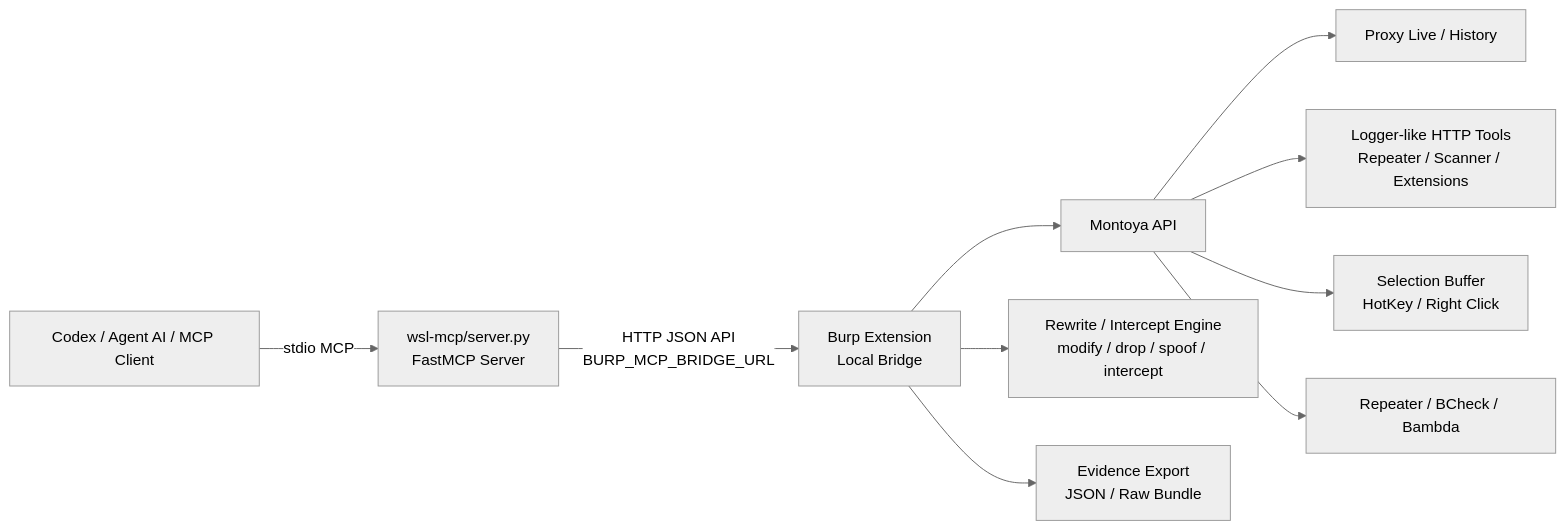
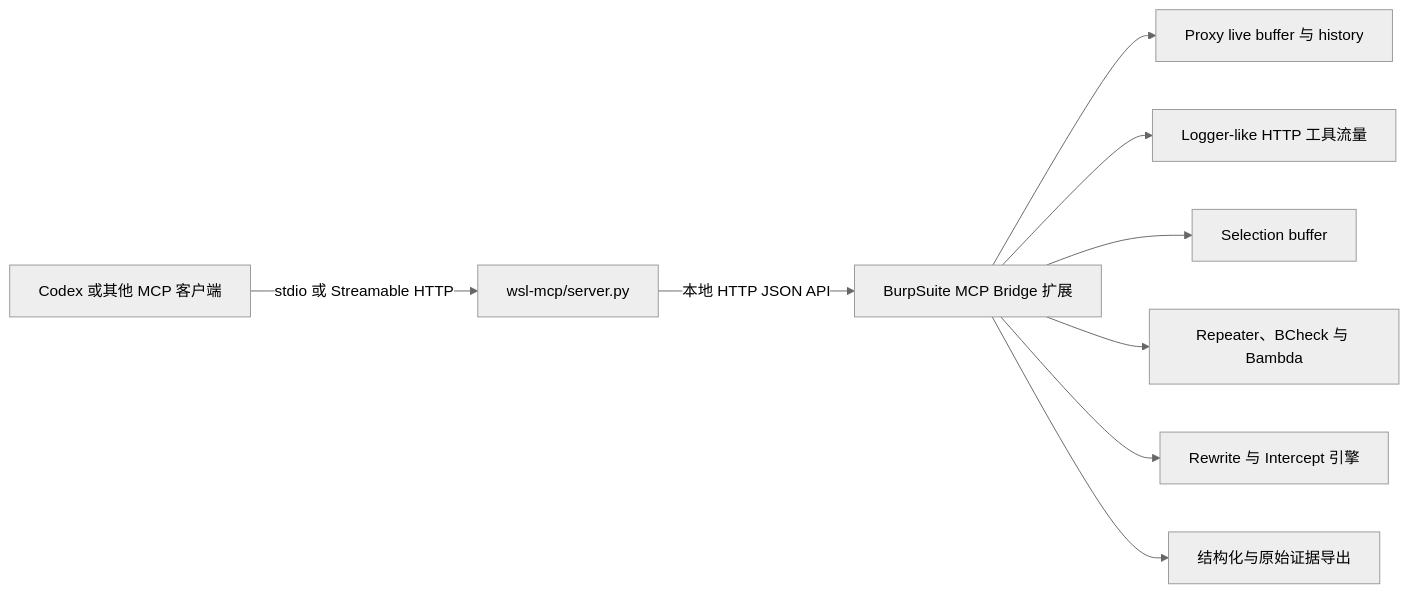
One commit to 6jeffr3y/burpsuite-mcp-bridge changed the diagram in README.md. Above: the diagram before and after it, drawn with Mermaid (neutral theme). The commit also changed other lines of this file and 36 other files, not shown here.

````diff
--- a/README.md
+++ b/README.md
@@ -90,12 +26,11 @@
 ```mermaid
 flowchart LR
-  A[Codex / Agent AI / MCP Client] -->|stdio MCP| B[wsl-mcp/server.py<br/>FastMCP Server]
-  B -->|HTTP JSON API<br/>BURP_MCP_BRIDGE_URL| C[Burp Extension<br/>Local Bridge]
-  C --> D[Montoya API]
-  D --> E[Proxy Live / History]
-  D --> F[Logger-like HTTP Tools<br/>Repeater / Scanner / Extensions]
-  D --> G[Selection Buffer<br/>HotKey / Right Click]
-  D --> H[Repeater / BCheck / Bambda]
-  C --> I[Rewrite / Intercept Engine<br/>modify / drop / spoof / intercept]
-  C --> J[Evidence Export<br/>JSON / Raw Bundle]
+  C[Codex 或其他 MCP 客户端] -->|stdio 或 Streamable HTTP| M[wsl-mcp/server.py]
+  M -->|本地 HTTP JSON API| B[BurpSuite MCP Bridge 扩展]
+  B --> P[Proxy live buffer 与 history]
+  B --> L[Logger-like HTTP 工具流量]
+  B --> S[Selection buffer]
+  B --> R[Repeater、BCheck 与 Bambda]
+  B --> W[Rewrite 与 Intercept 引擎]
+  B --> E[结构化与原始证据导出]
 ```
````
